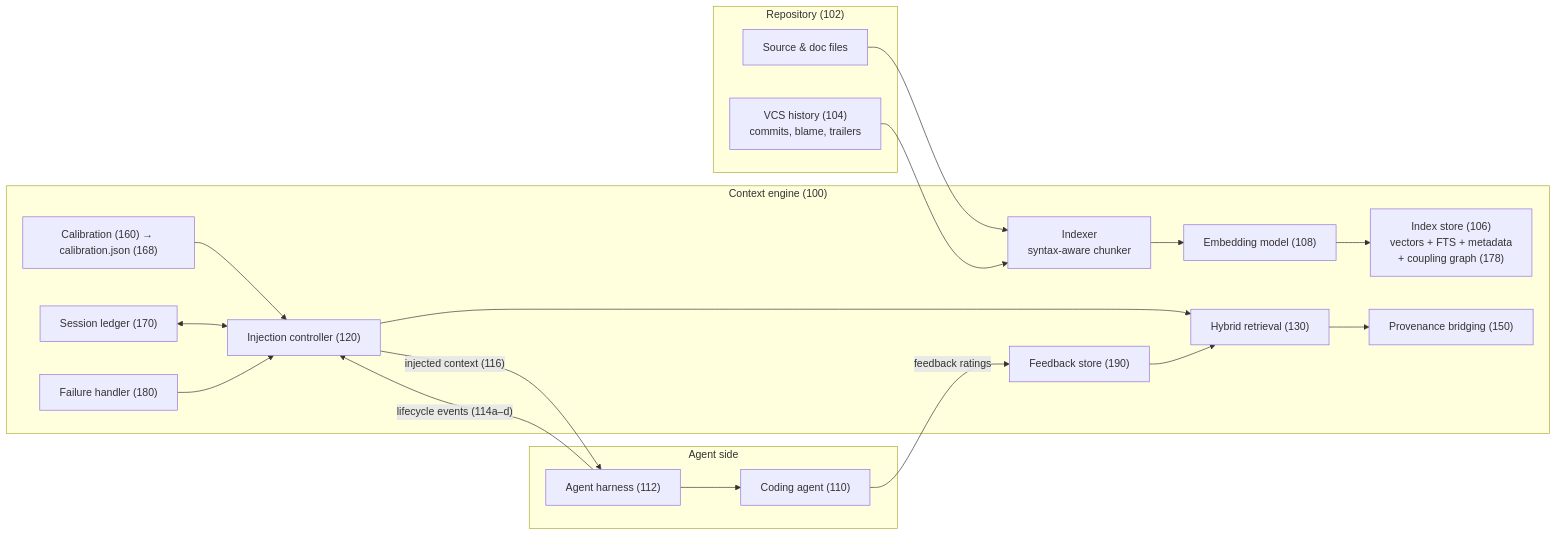
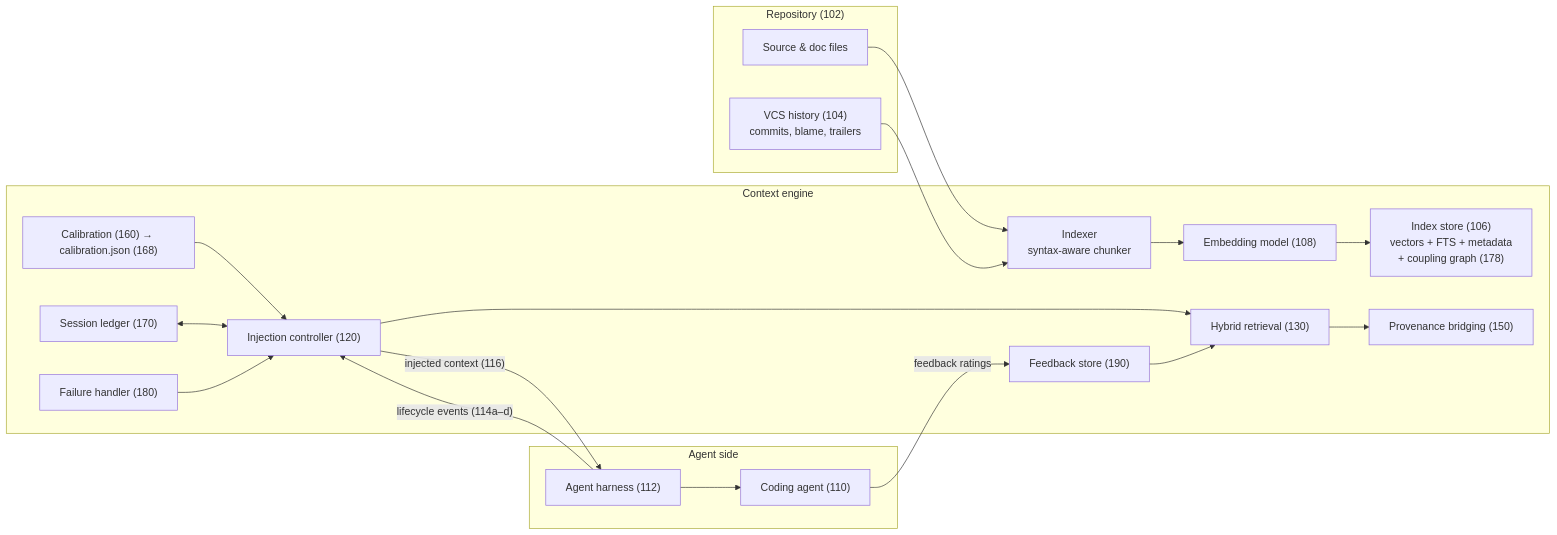
Before and after one commit to scbrown/bobbin: the first of 7 diagrams in docs/patents/provisional-retrieval-cluster.md, drawn with Mermaid. The commit also changed other lines of this file and 1 other file, not shown here.

````diff
--- a/docs/patents/provisional-retrieval-cluster.md
+++ b/docs/patents/provisional-retrieval-cluster.md
@@ -97,33 +97,33 @@
 ```mermaid
 flowchart LR
     subgraph Repo["Repository (102)"]
         SRC[Source & doc files]
         VCS["VCS history (104)<br/>commits, blame, trailers"]
     end
-    subgraph Engine["Context engine (100)"]
+    subgraph Engine["Context engine"]
         IDX["Indexer<br/>syntax-aware chunker"]
         EMB["Embedding model (108)"]
         STORE["Index store (106)<br/>vectors + FTS + metadata<br/>+ coupling graph (178)"]
         CTRL["Injection controller (120)"]
         HYB["Hybrid retrieval (130)"]
         BRG["Provenance bridging (150)"]
         CAL["Calibration (160) → calibration.json (168)"]
         LED["Session ledger (170)"]
         FAIL["Failure handler (180)"]
         FB["Feedback store (190)"]
     end
     subgraph Agent["Agent side"]
         HARNESS["Agent harness (112)"]
         LLM["Coding agent (110)"]
     end
     SRC --> IDX --> EMB --> STORE
     VCS --> IDX
     HARNESS -- "lifecycle events (114a–d)" --> CTRL
     CTRL --> HYB --> BRG
     CAL --> CTRL
     LED <--> CTRL
     FAIL --> CTRL
     FB --> HYB
     CTRL -- "injected context (116)" --> HARNESS --> LLM
     LLM -- "feedback ratings" --> FB
 ```
````
